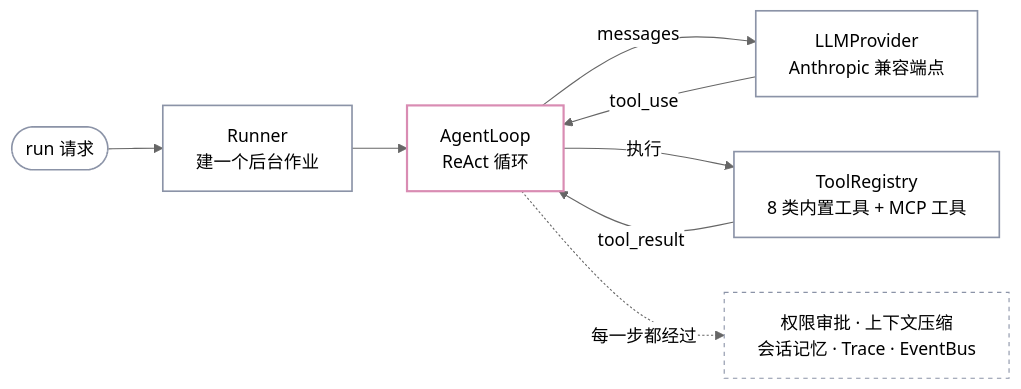
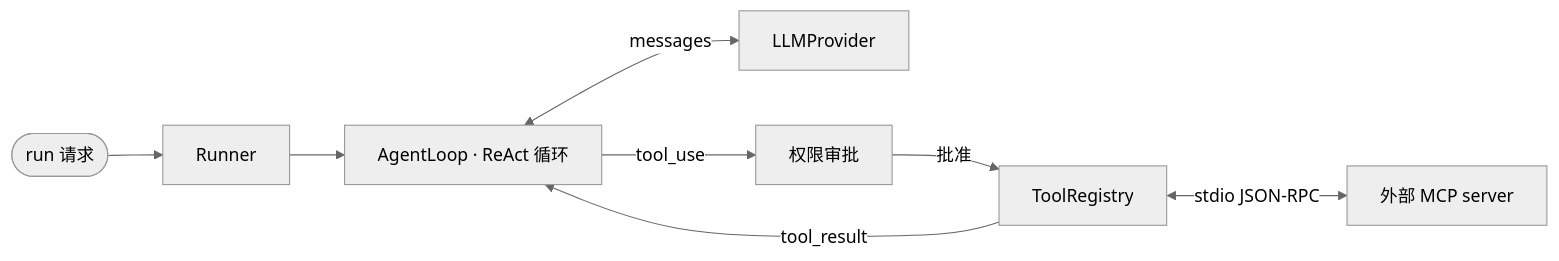
The second of 2 diagrams in README.md (Nijikasuki/AemeathCode), drawn with Mermaid (neutral theme) before and after one commit. The commit also changed other lines of this file and 4 other files, not shown here.

First line of the commit message:
docs: README 去掉正文加粗,重画架构图,替换截图

````diff
--- a/README.md
+++ b/README.md
@@ -200,17 +195,10 @@
 ```mermaid
 flowchart LR
-    IN(["run 请求"]) --> RUNNER["Runner<br/>建一个后台作业"]
-    RUNNER --> LOOP["AgentLoop<br/>ReAct 循环"]
-    LOOP -->|"messages"| PROV["LLMProvider<br/>Anthropic 兼容端点"]
-    PROV -->|"tool_use"| LOOP
-    LOOP -->|"执行"| TOOLS["ToolRegistry<br/>8 类内置工具 + MCP 工具"]
+    IN(["run 请求"]) --> RUNNER["Runner"]
+    RUNNER --> LOOP["AgentLoop · ReAct 循环"]
+    LOOP <-->|"messages"| PROV["LLMProvider"]
+    LOOP -->|"tool_use"| PERM["权限审批"]
+    PERM -->|"批准"| TOOLS["ToolRegistry"]
     TOOLS -->|"tool_result"| LOOP
-    LOOP -.->|"每一步都经过"| SVC["权限审批 · 上下文压缩<br/>会话记忆 · Trace · EventBus"]
-
-    classDef box fill:none,stroke:#8b93a7,stroke-width:1.5px
-    classDef hot fill:none,stroke:#d98cb3,stroke-width:2px
-    classDef side fill:none,stroke:#8b93a7,stroke-width:1px,stroke-dasharray:4 4
-    class IN,RUNNER,PROV,TOOLS box
-    class LOOP hot
-    class SVC side
+    TOOLS <-->|"stdio JSON-RPC"| MCP["外部 MCP server"]
 ```
````
